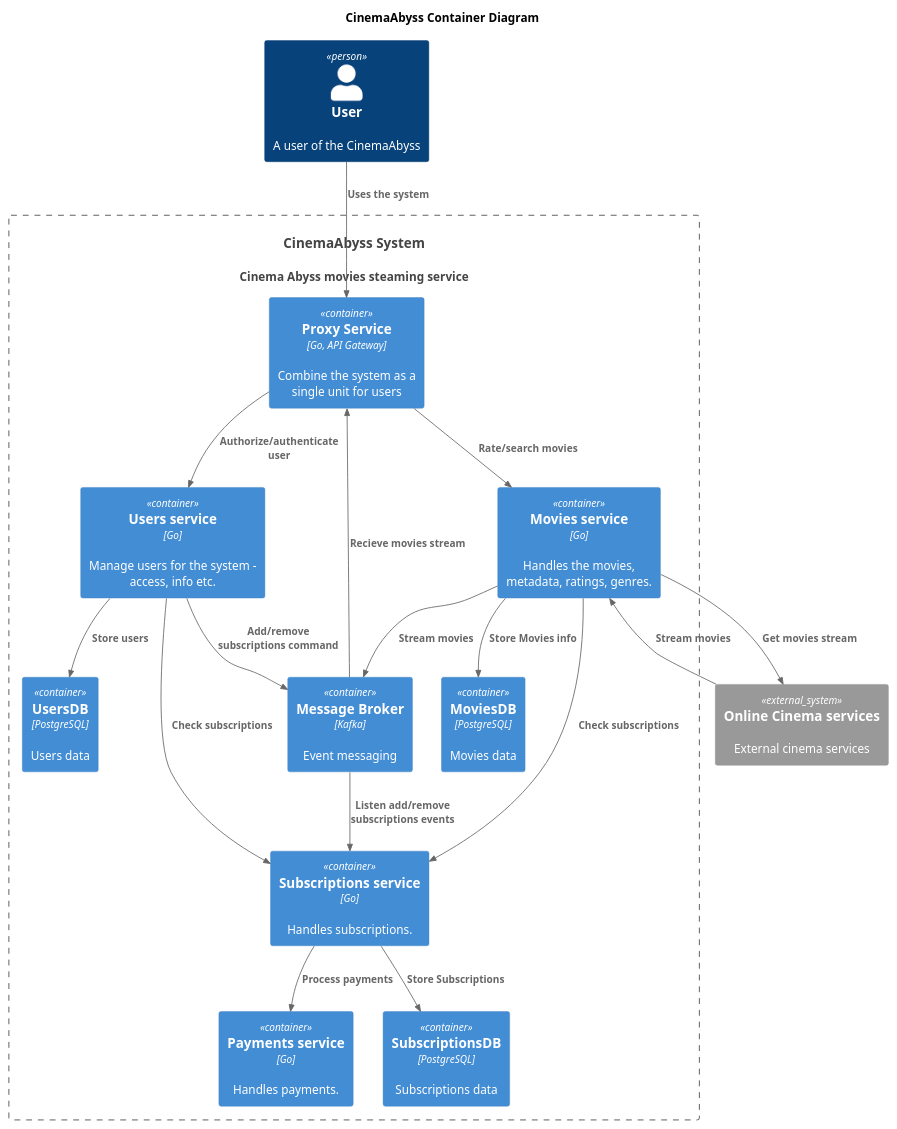
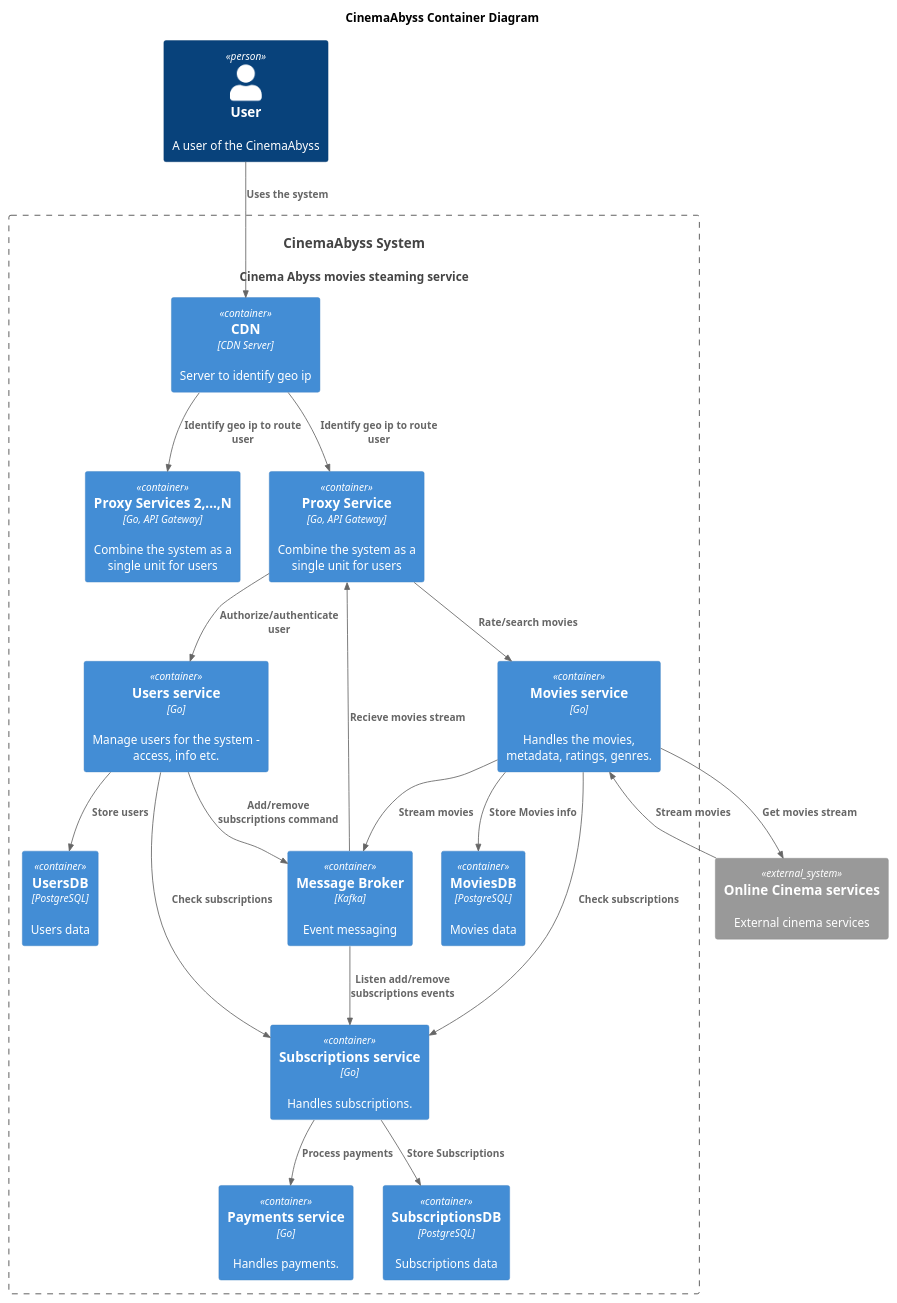
Before and after one commit to wedterr/cinemaabyss: the diagram in shemas/container-c4.puml, drawn with PlantUML.

Commit message:
add CDN to container diagram

```diff
--- a/shemas/container-c4.puml
+++ b/shemas/container-c4.puml
@@ -1,46 +1,51 @@
 @startuml
 title CinemaAbyss Container Diagram
 
 top to bottom direction
 
 !includeurl https://raw.githubusercontent.com/RicardoNiepel/C4-PlantUML/master/C4_Component.puml
 
 Person(user, "User", "A user of the CinemaAbyss")
 System(CinemaAbyssSystem, "CinemaAbyss System", "Cinema Abyss movies steaming service")
 System_Ext(OnlineCinema, "Online Cinema services", "External cinema services")
 
 Container_Boundary(CinemaAbyssSystem, "CinemaAbyss System") {
+  Container(DNS, "CDN", "CDN Server", "Server to identify geo ip")
+  Container(Proxy, "Proxy Services 2,...,N", "Go, API Gateway", "Combine the system as a single unit for users")
+
   Container(APIGateway, "Proxy Service", "Go, API Gateway", "Combine the system as a single unit for users")
   Container(UsersService, "Users service", "Go", "Manage users for the system - access, info etc.")
   Container(MoviesService, "Movies service", "Go", "Handles the movies, metadata, ratings, genres.")
   Container(PaymentsService, "Payments service", "Go", "Handles payments.")
   Container(SubscriptionsService, "Subscriptions service", "Go", "Handles subscriptions.")
 
   Container(MessageBroker, "Message Broker", "Kafka", "Event messaging")
   Container(UsersDatabase, "UsersDB", "PostgreSQL", "Users data")
   Container(SubscriptionsDatabase, "SubscriptionsDB", "PostgreSQL", "Subscriptions data")
   Container(MoviesDatabase, "MoviesDB", "PostgreSQL", "Movies data")
 }
 
 
-Rel(user, APIGateway, "Uses the system")
+Rel(user, DNS, "Uses the system")
+Rel(DNS, APIGateway, "Identify geo ip to route user")
+Rel(DNS, Proxy, "Identify geo ip to route user")
 Rel(APIGateway, UsersService, "Authorize/authenticate user")
 
 Rel(UsersService, SubscriptionsService, "Check subscriptions")
 Rel(UsersService, MessageBroker, "Add/remove subscriptions command")
 Rel(MessageBroker, SubscriptionsService, "Listen add/remove subscriptions events")
 
 Rel(APIGateway, MoviesService, "Rate/search movies")
 Rel(MessageBroker, APIGateway, "Recieve movies stream")
 Rel(MoviesService, MessageBroker, "Stream movies")
 Rel(MoviesService, OnlineCinema, "Get movies stream")
 Rel(OnlineCinema, MoviesService, "Stream movies")
 
 Rel(MoviesService, SubscriptionsService, "Check subscriptions")
 Rel(SubscriptionsService, PaymentsService, "Process payments")
 
 Rel(UsersService, UsersDatabase, "Store users")
 Rel(MoviesService, MoviesDatabase, "Store Movies info")
 Rel(SubscriptionsService, SubscriptionsDatabase, "Store Subscriptions")
 
 @enduml
```
